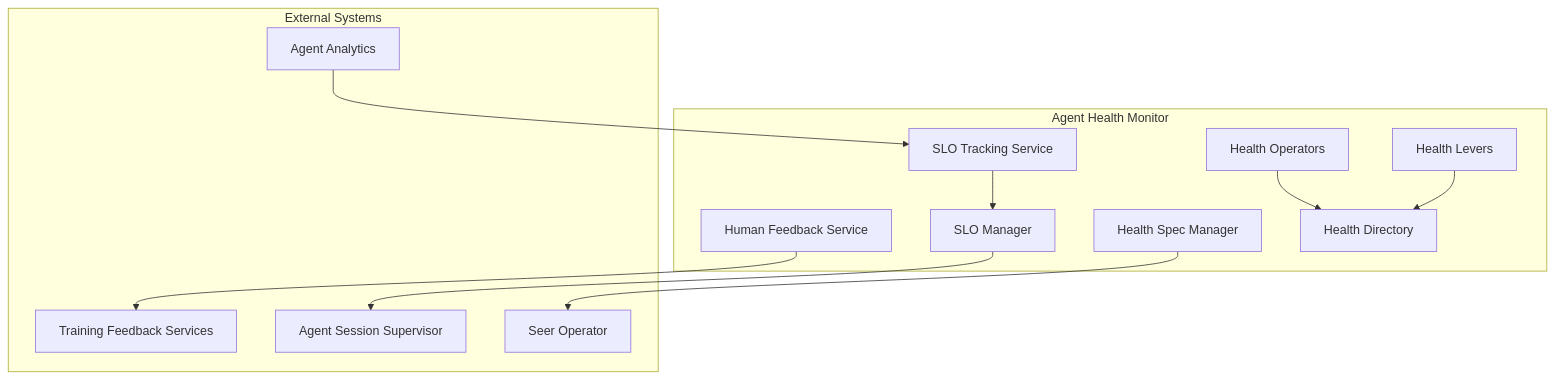
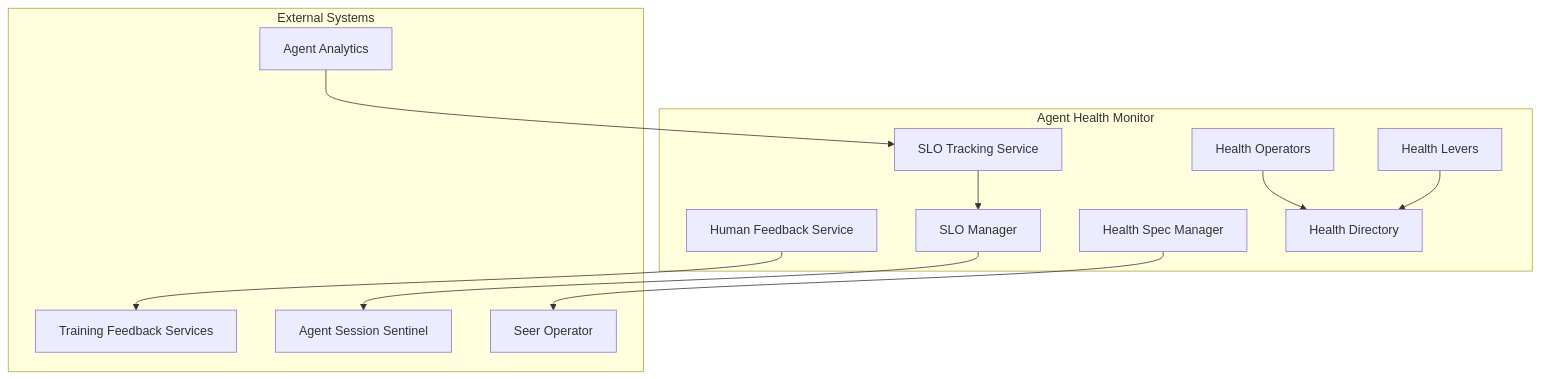
Before and after one commit to gramki/temp-website: the diagram in olympus-seer-docs/seer-design/subsystems/agent-health-monitor/README.md, drawn with Mermaid. The commit also changed other lines of this file and 54 other files, not shown here.

````diff
--- a/olympus-seer-docs/seer-design/subsystems/agent-health-monitor/README.md
+++ b/olympus-seer-docs/seer-design/subsystems/agent-health-monitor/README.md
@@ -29,27 +29,27 @@
 ```mermaid
 flowchart TB
     subgraph HealthMonitor[Agent Health Monitor]
         HSM[Health Spec Manager]
         SLOM[SLO Manager]
         SLOT[SLO Tracking Service]
         HFS[Human Feedback Service]
         HO[Health Operators]
         HL[Health Levers]
         HD[Health Directory]
     end
     
     subgraph ExternalSystems[External Systems]
         AgentAnalytics[Agent Analytics]
         TrainingFeedback[Training Feedback Services]
-        AgentSessionSupervisor[Agent Session Supervisor]
+        AgentSessionSentinel[Agent Session Sentinel]
         SeerOp[Seer Operator]
     end
     
     AgentAnalytics --> SLOT
     SLOT --> SLOM
     HFS --> TrainingFeedback
-    SLOM --> AgentSessionSupervisor
+    SLOM --> AgentSessionSentinel
     HSM --> SeerOp
     HO --> HD
     HL --> HD
 ```
````
